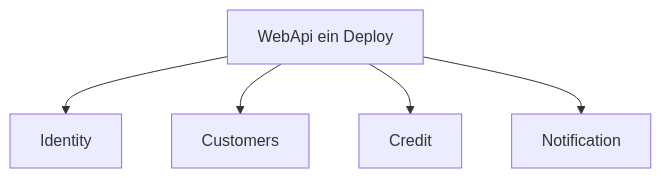
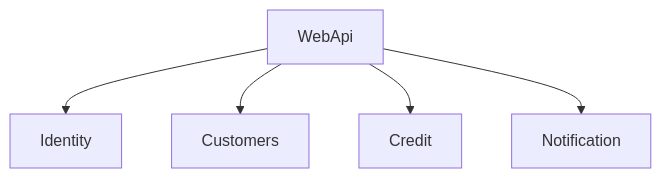
The first of 2 diagrams in docs/learning/de/17-modular-monolith.md (fdeniz07/BankApp), drawn with Mermaid before and after one commit. The commit also changed other lines of this file and 105 other files, not shown here.

First line of the commit message:
doc: Enrich learning chapters with labs, pitfalls, and safe Mermaid

````diff
--- a/docs/learning/de/17-modular-monolith.md
+++ b/docs/learning/de/17-modular-monolith.md
@@ -9,7 +11,7 @@
 ```mermaid
 flowchart TB
-  WA[WebApi ein Deploy] --> ID[Identity]
-  WA --> CU[Customers]
-  WA --> CR[Credit]
-  WA --> NT[Notification]
+  WA["WebApi"] --> ID["Identity"]
+  WA --> CU["Customers"]
+  WA --> CR["Credit"]
+  WA --> NT["Notification"]
 ```
````
